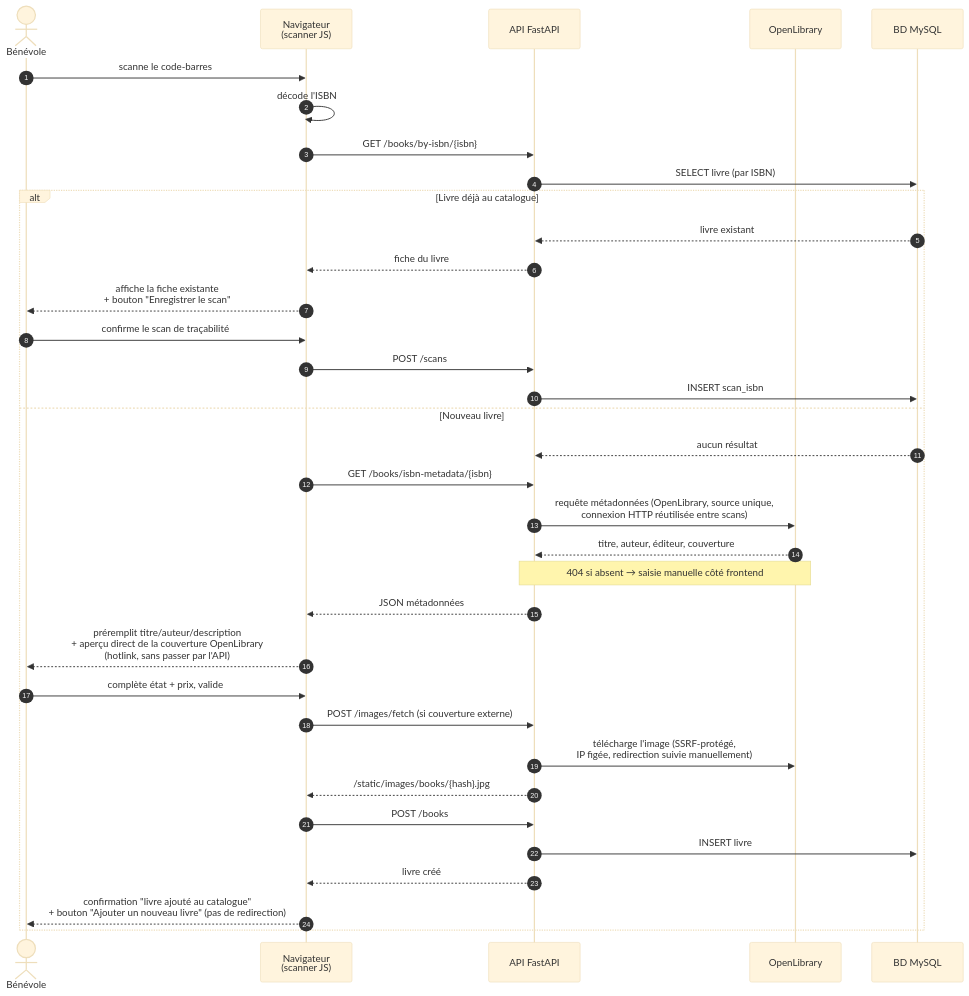
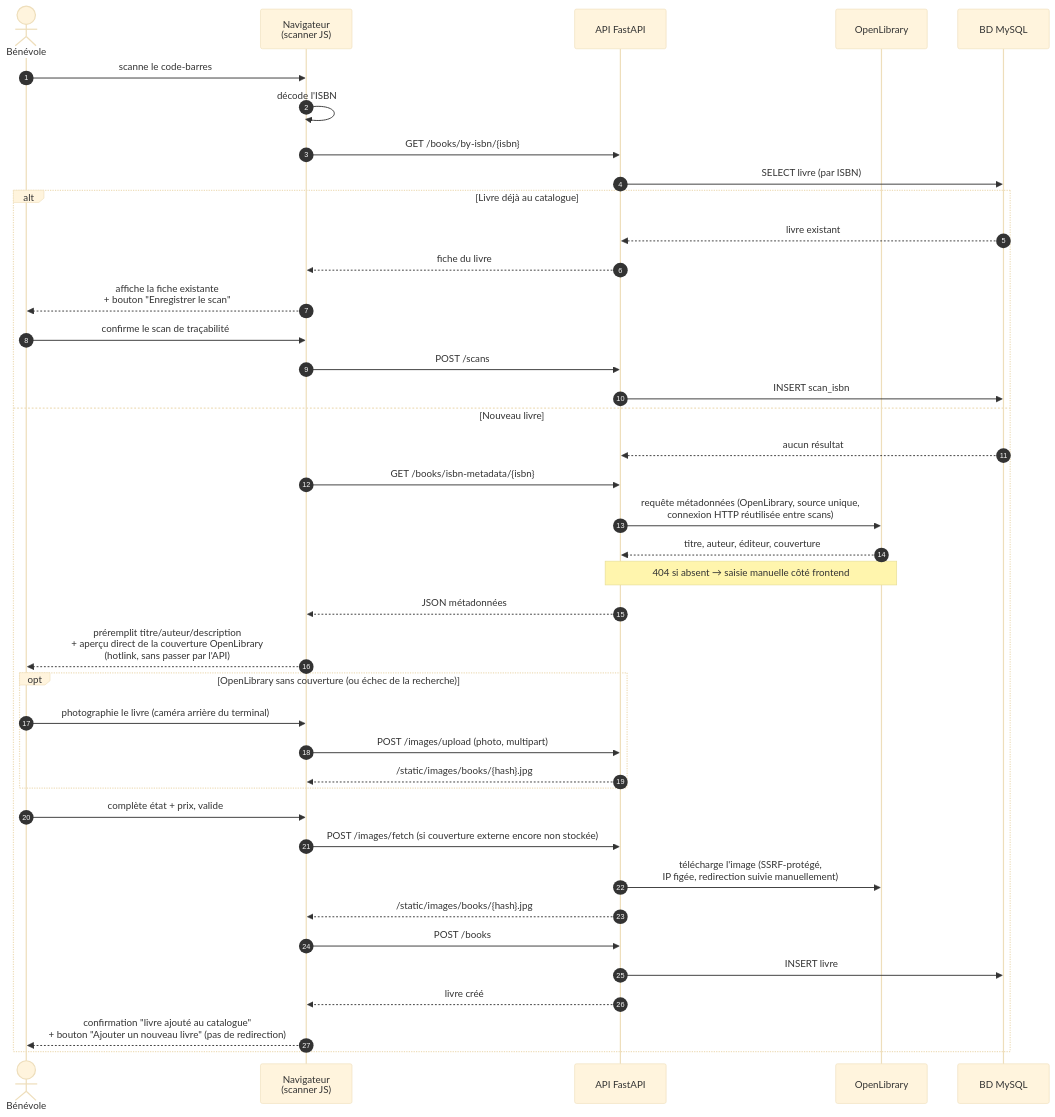
One commit to Visualstudiocodetest/caribooks changed the diagram in diagrams/sequence_isbn.mmd. Above: the diagram before and after it, drawn with Mermaid (base theme). The commit also changed 8 other files, not shown here.

First line of the commit message:
Use device camera as book-photo fallback when OpenLibrary has no cover

```diff
--- a/diagrams/sequence_isbn.mmd
+++ b/diagrams/sequence_isbn.mmd
@@ -1,38 +1,43 @@
 %% Diagramme de séquence — Scan ISBN, préremplissage et création du livre
 sequenceDiagram
     autonumber
     actor Ben as Bénévole
     participant Nav as Navigateur<br/>(scanner JS)
     participant API as API FastAPI
     participant OL as OpenLibrary
     participant BD as BD MySQL
 
     Ben->>Nav: scanne le code-barres
     Nav->>Nav: décode l'ISBN
     Nav->>API: GET /books/by-isbn/{isbn}
     API->>BD: SELECT livre (par ISBN)
 
     alt Livre déjà au catalogue
         BD-->>API: livre existant
         API-->>Nav: fiche du livre
         Nav-->>Ben: affiche la fiche existante<br/>+ bouton "Enregistrer le scan"
         Ben->>Nav: confirme le scan de traçabilité
         Nav->>API: POST /scans
         API->>BD: INSERT scan_isbn
     else Nouveau livre
         BD-->>API: aucun résultat
         Nav->>API: GET /books/isbn-metadata/{isbn}
         API->>OL: requête métadonnées (OpenLibrary, source unique,<br/>connexion HTTP réutilisée entre scans)
         OL-->>API: titre, auteur, éditeur, couverture
         note over API,OL: 404 si absent → saisie manuelle côté frontend
         API-->>Nav: JSON métadonnées
         Nav-->>Ben: préremplit titre/auteur/description<br/>+ aperçu direct de la couverture OpenLibrary<br/>(hotlink, sans passer par l'API)
+        opt OpenLibrary sans couverture (ou échec de la recherche)
+            Ben->>Nav: photographie le livre (caméra arrière du terminal)
+            Nav->>API: POST /images/upload (photo, multipart)
+            API-->>Nav: /static/images/books/{hash}.jpg
+        end
         Ben->>Nav: complète état + prix, valide
-        Nav->>API: POST /images/fetch (si couverture externe)
+        Nav->>API: POST /images/fetch (si couverture externe encore non stockée)
         API->>OL: télécharge l'image (SSRF-protégé,<br/>IP figée, redirection suivie manuellement)
         API-->>Nav: /static/images/books/{hash}.jpg
         Nav->>API: POST /books
         API->>BD: INSERT livre
         API-->>Nav: livre créé
         Nav-->>Ben: confirmation "livre ajouté au catalogue"<br/>+ bouton "Ajouter un nouveau livre" (pas de redirection)
     end
```
